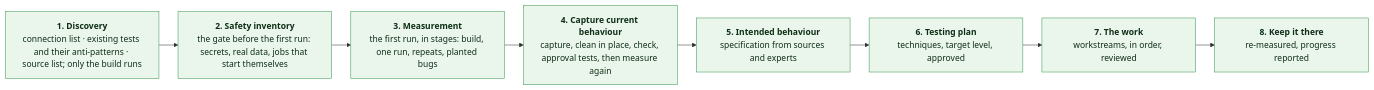
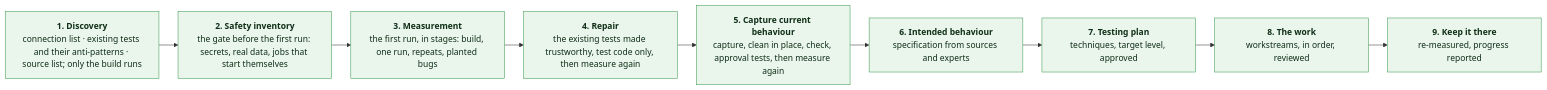
One commit to fiftiesHousewife/under-test changed the diagram in docs/JOURNEY.md. Above: the diagram before and after it, drawn with Mermaid. The commit also changed other lines of this file and 14 other files, not shown here.

First line of the commit message:
Repair becomes step 4 of the journey: the existing tests are made trustworthy after measurement, changing only test code

````diff
--- a/docs/JOURNEY.md
+++ b/docs/JOURNEY.md
@@ -8,13 +8,14 @@
 ```mermaid
 %%{init: {"flowchart": {"wrappingWidth": 230, "nodeSpacing": 28, "rankSpacing": 36}}}%%
 flowchart LR
     D["<b>1. Discovery</b><br/>connection list · existing tests and their anti-patterns · source list; only the build runs"] --> S["<b>2. Safety inventory</b><br/>the gate before the first run: secrets, real data, jobs that start themselves"]
     S --> M["<b>3. Measurement</b><br/>the first run, in stages: build, one run, repeats, planted bugs"]
-    M --> C["<b>4. Capture current behaviour</b><br/>capture, clean in place, check, approval tests, then measure again"]
-    C --> B["<b>5. Intended behaviour</b><br/>specification from sources and experts"]
-    B --> P["<b>6. Testing plan</b><br/>techniques, target level, approved"]
-    P --> W["<b>7. The work</b><br/>workstreams, in order, reviewed"]
-    W --> K["<b>8. Keep it there</b><br/>re-measured, progress reported"]
+    M --> R["<b>4. Repair</b><br/>the existing tests made trustworthy, test code only, then measure again"]
+    R --> C["<b>5. Capture current behaviour</b><br/>capture, clean in place, check, approval tests, then measure again"]
+    C --> B["<b>6. Intended behaviour</b><br/>specification from sources and experts"]
+    B --> P["<b>7. Testing plan</b><br/>techniques, target level, approved"]
+    P --> W["<b>8. The work</b><br/>workstreams, in order, reviewed"]
+    W --> K["<b>9. Keep it there</b><br/>re-measured, progress reported"]
     classDef step fill:#eaf6ec,stroke:#3c9a52,color:#0f2e17
-    class D,S,C,M,B,P,W,K step
+    class D,S,C,M,R,B,P,W,K step
 ```
````
